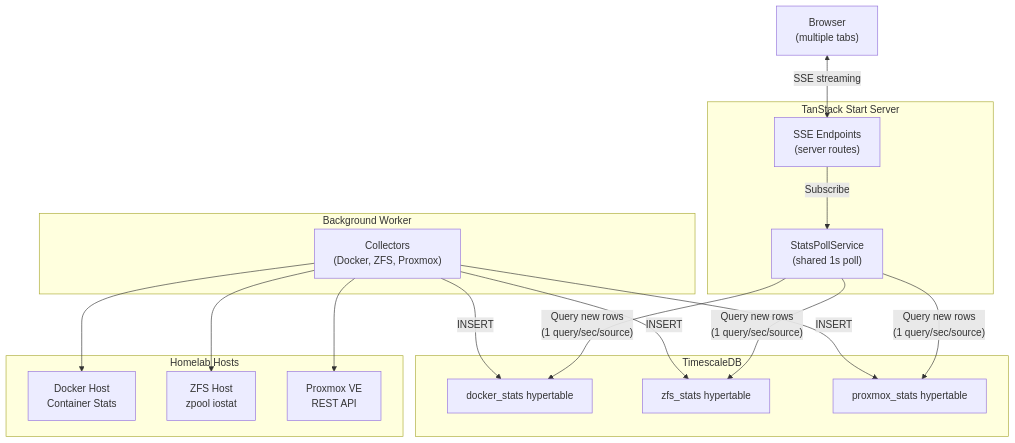
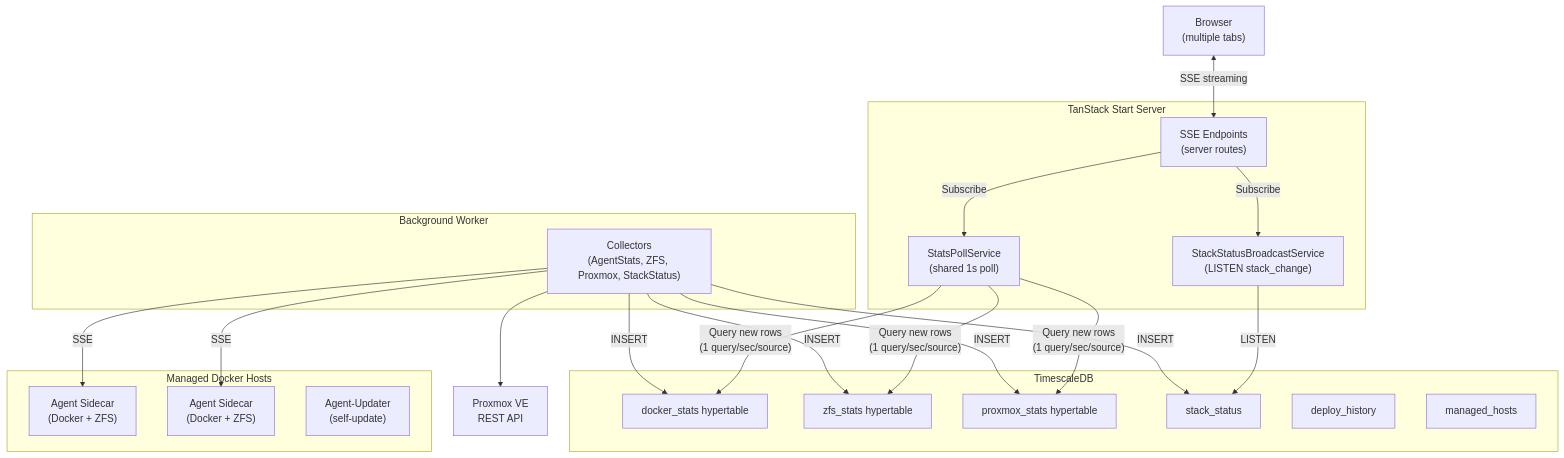
The first of 5 diagrams in docs/architecture.md (jaredglaser/homelab-manager), drawn with Mermaid before and after one commit. The commit also changed other lines of this file and 6 other files, not shown here.

First line of the commit message:
docs: update all markdown documentation for agent-based architecture

````diff
--- a/docs/architecture.md
+++ b/docs/architecture.md
@@ -5,37 +5,46 @@
 ```mermaid
 graph TD
     Browser["Browser<br/>(multiple tabs)"]
 
     subgraph TanStack_Start["TanStack Start Server"]
         SSE["SSE Endpoints<br/>(server routes)"]
         PollSvc["StatsPollService<br/>(shared 1s poll)"]
+        StackBroadcast["StackStatusBroadcastService<br/>(LISTEN stack_change)"]
     end
 
     subgraph Database["TimescaleDB"]
         DockerTable["docker_stats hypertable"]
         ZFSTable["zfs_stats hypertable"]
         ProxmoxTable["proxmox_stats hypertable"]
+        StackStatusTable["stack_status"]
+        DeployHistory["deploy_history"]
+        ManagedHosts["managed_hosts"]
     end
 
     subgraph Worker["Background Worker"]
-        Collectors["Collectors<br/>(Docker, ZFS, Proxmox)"]
+        Collectors["Collectors<br/>(AgentStats, ZFS, Proxmox, StackStatus)"]
     end
 
-    subgraph Hosts["Homelab Hosts"]
-        DockerHost["Docker Host<br/>Container Stats"]
-        ZFSHost["ZFS Host<br/>zpool iostat"]
-        ProxmoxHost["Proxmox VE<br/>REST API"]
+    subgraph Hosts["Managed Docker Hosts"]
+        Agent1["Agent Sidecar<br/>(Docker + ZFS)"]
+        Agent2["Agent Sidecar<br/>(Docker + ZFS)"]
+        Updater["Agent-Updater<br/>(self-update)"]
     end
+
+    ProxmoxHost["Proxmox VE<br/>REST API"]
 
     Browser <-->|"SSE streaming"| SSE
     SSE -->|"Subscribe"| PollSvc
+    SSE -->|"Subscribe"| StackBroadcast
     PollSvc -->|"Query new rows<br/>(1 query/sec/source)"| DockerTable
     PollSvc -->|"Query new rows<br/>(1 query/sec/source)"| ZFSTable
     PollSvc -->|"Query new rows<br/>(1 query/sec/source)"| ProxmoxTable
+    StackBroadcast -->|"LISTEN"| StackStatusTable
     Collectors -->|"INSERT"| DockerTable
     Collectors -->|"INSERT"| ZFSTable
     Collectors -->|"INSERT"| ProxmoxTable
-    Collectors --> DockerHost
-    Collectors --> ZFSHost
+    Collectors -->|"INSERT"| StackStatusTable
+    Collectors -->|"SSE"| Agent1
+    Collectors -->|"SSE"| Agent2
     Collectors --> ProxmoxHost
 ```
````
